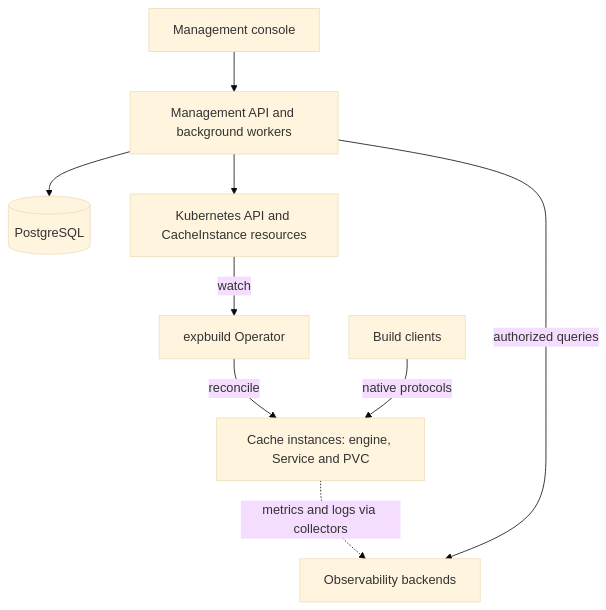
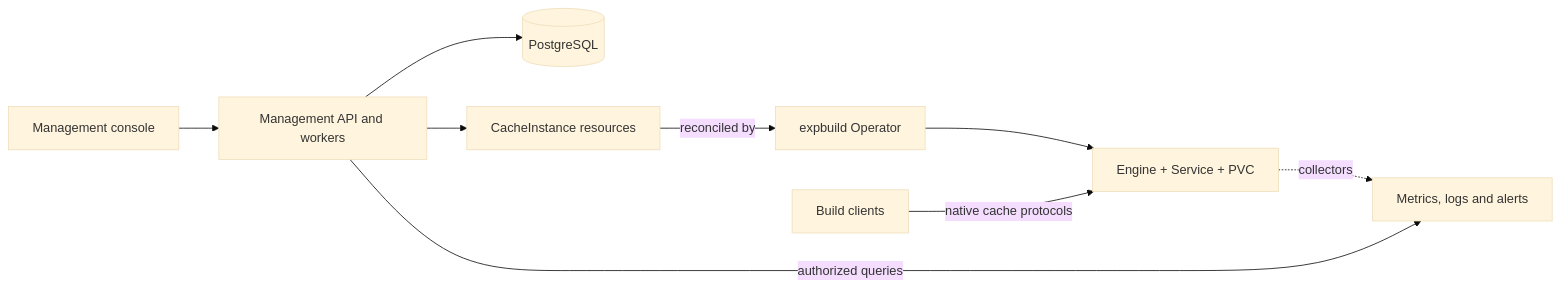
One commit to expbuild/expbuild changed the diagram in README.md. Above: the diagram before and after it, drawn with Mermaid (base theme). The commit also changed other lines of this file and 2 other files, not shown here.

````diff
--- a/README.md
+++ b/README.md
@@ -38,11 +39,11 @@
 ```mermaid
-flowchart TD
-    UI[Management console] --> API[Management API and background workers]
+flowchart LR
+    UI[Management console] --> API[Management API and workers]
     API --> DB[(PostgreSQL)]
-    API --> K8S[Kubernetes API and CacheInstance resources]
-    K8S -->|watch| OP[expbuild Operator]
-    OP -->|reconcile| CACHE[Cache instances: engine, Service and PVC]
-    CLIENT[Build clients] -->|native protocols| CACHE
-    CACHE -.->|metrics and logs via collectors| OBS[Observability backends]
+    API --> CR[CacheInstance resources]
+    CR -->|reconciled by| OP[expbuild Operator]
+    OP --> CACHE[Engine + Service + PVC]
+    CLIENT[Build clients] -->|native cache protocols| CACHE
+    CACHE -.->|collectors| OBS[Metrics, logs and alerts]
     API -->|authorized queries| OBS
 ```
````
